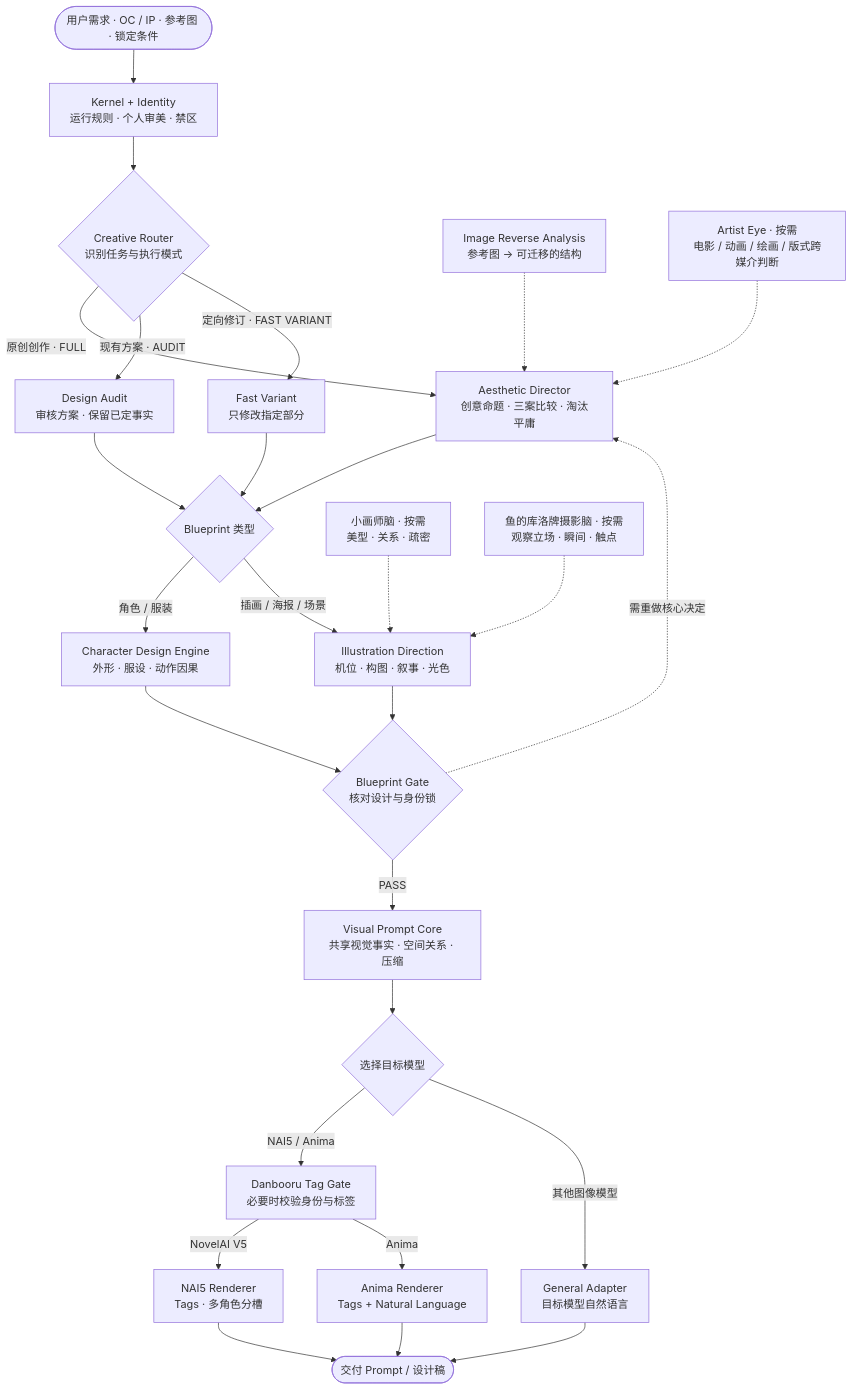
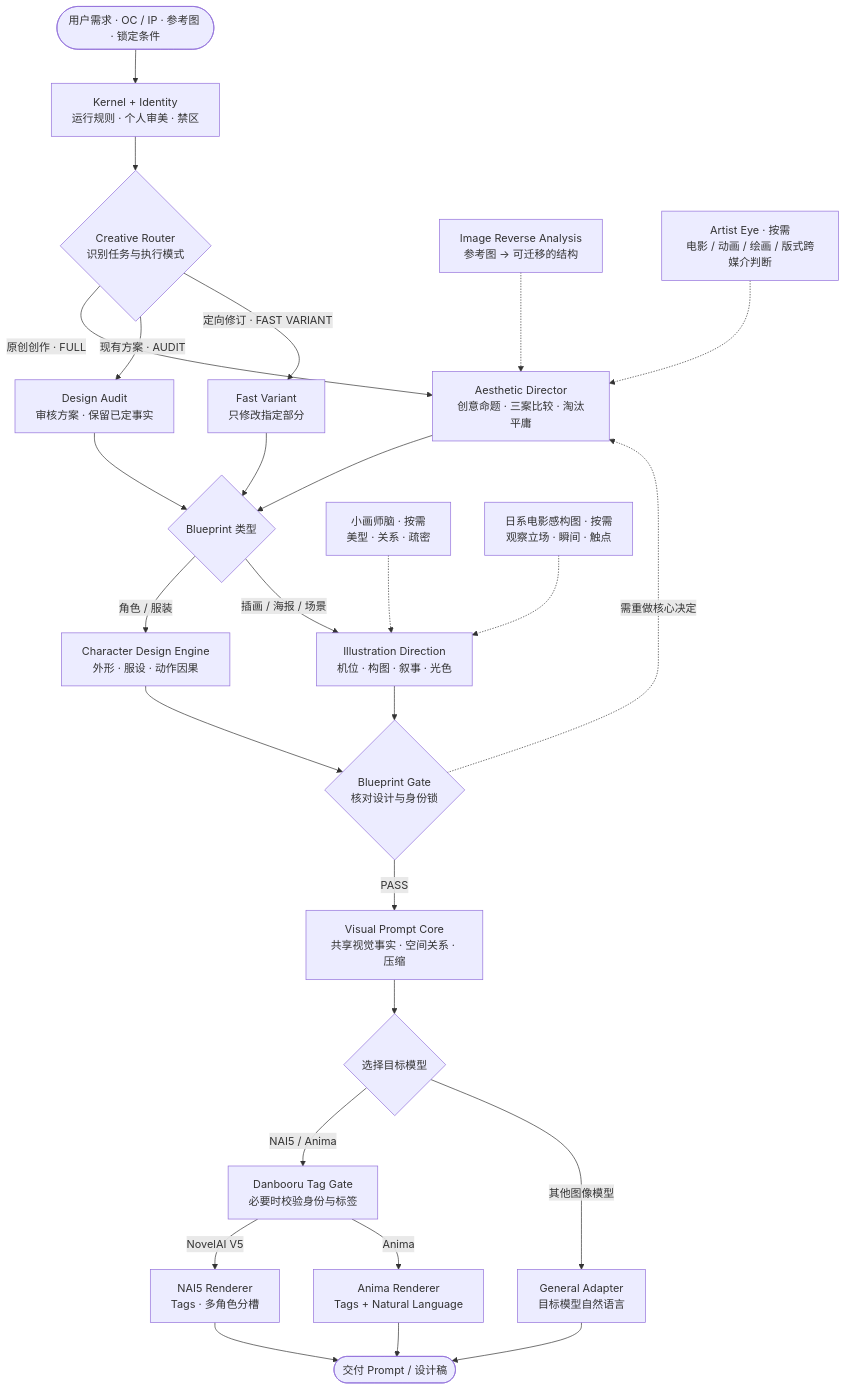
Before and after one commit to Tera-Dark/personal-agent-skills: the first of 2 diagrams in README.md, drawn with Mermaid. The commit also changed other lines of this file and 18 other files, not shown here.

````diff
--- a/README.md
+++ b/README.md
@@ -26,37 +26,37 @@
 ```mermaid
 flowchart TB
     INPUT(["用户需求 · OC / IP · 参考图 · 锁定条件"])
     INPUT --> KERNEL["Kernel + Identity<br/>运行规则 · 个人审美 · 禁区"]
     KERNEL --> ROUTER{"Creative Router<br/>识别任务与执行模式"}
 
     ROUTER -->|"原创创作 · FULL"| DIRECTOR["Aesthetic Director<br/>创意命题 · 三案比较 · 淘汰平庸"]
     ROUTER -->|"现有方案 · AUDIT"| AUDIT["Design Audit<br/>审核方案 · 保留已定事实"]
     ROUTER -->|"定向修订 · FAST VARIANT"| FAST["Fast Variant<br/>只修改指定部分"]
 
     REFERENCE["Image Reverse Analysis<br/>参考图 → 可迁移的结构"] -.-> DIRECTOR
     EYE["Artist Eye · 按需<br/>电影 / 动画 / 绘画 / 版式跨媒介判断"] -.-> DIRECTOR
 
     DIRECTOR --> SPECIALIST{"Blueprint 类型"}
     AUDIT --> SPECIALIST
     FAST --> SPECIALIST
     SPECIALIST -->|"角色 / 服装"| CHARACTER["Character Design Engine<br/>外形 · 服设 · 动作因果"]
     SPECIALIST -->|"插画 / 海报 / 场景"| ILLUSTRATION["Illustration Direction<br/>机位 · 构图 · 叙事 · 光色"]
 
     SMALL["小画师脑 · 按需<br/>美型 · 关系 · 疏密"] -.-> ILLUSTRATION
-    CAMERA["鱼的库洛牌摄影脑 · 按需<br/>观察立场 · 瞬间 · 触点"] -.-> ILLUSTRATION
+    CAMERA["日系电影感构图 · 按需<br/>观察立场 · 瞬间 · 触点"] -.-> ILLUSTRATION
 
     CHARACTER --> BLUEPRINT{"Blueprint Gate<br/>核对设计与身份锁"}
     ILLUSTRATION --> BLUEPRINT
     BLUEPRINT -->|"PASS"| CORE["Visual Prompt Core<br/>共享视觉事实 · 空间关系 · 压缩"]
     BLUEPRINT -.->|"需重做核心决定"| DIRECTOR
 
     CORE --> TARGET{"选择目标模型"}
     TARGET -->|"NAI5 / Anima"| GATE["Danbooru Tag Gate<br/>必要时校验身份与标签"]
     GATE -->|"NovelAI V5"| NAI5["NAI5 Renderer<br/>Tags · 多角色分槽"]
     GATE -->|"Anima"| ANIMA["Anima Renderer<br/>Tags + Natural Language"]
     TARGET -->|"其他图像模型"| GENERIC["General Adapter<br/>目标模型自然语言"]
 
     NAI5 --> OUTPUT(["交付 Prompt / 设计稿"])
     ANIMA --> OUTPUT
     GENERIC --> OUTPUT
 ```
````
